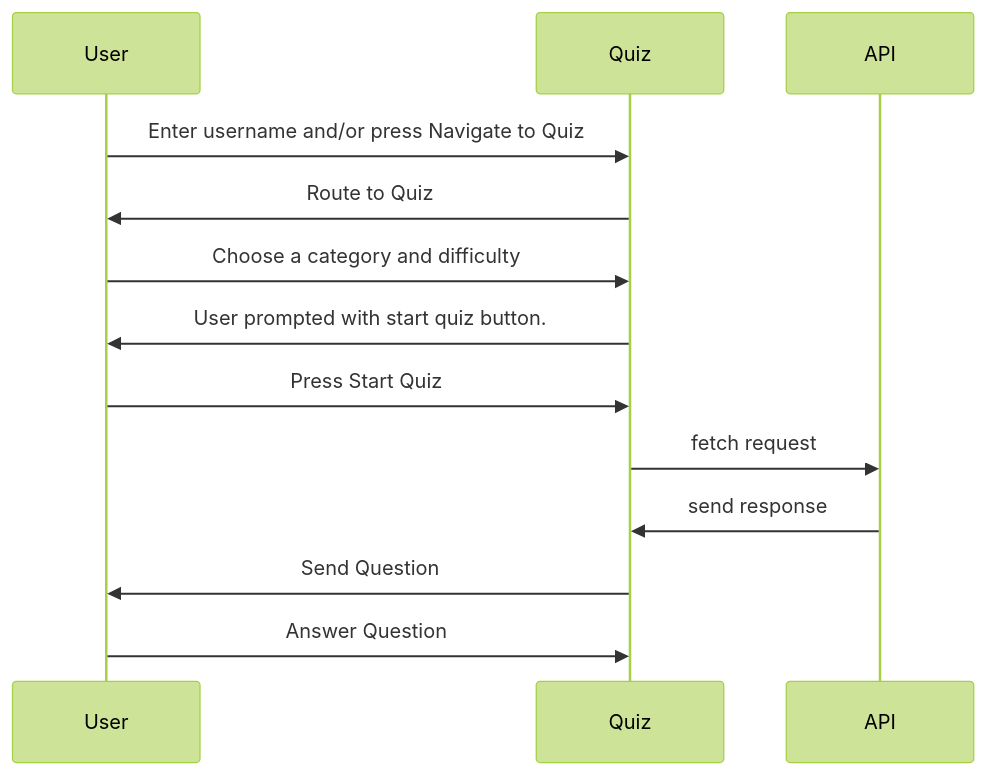
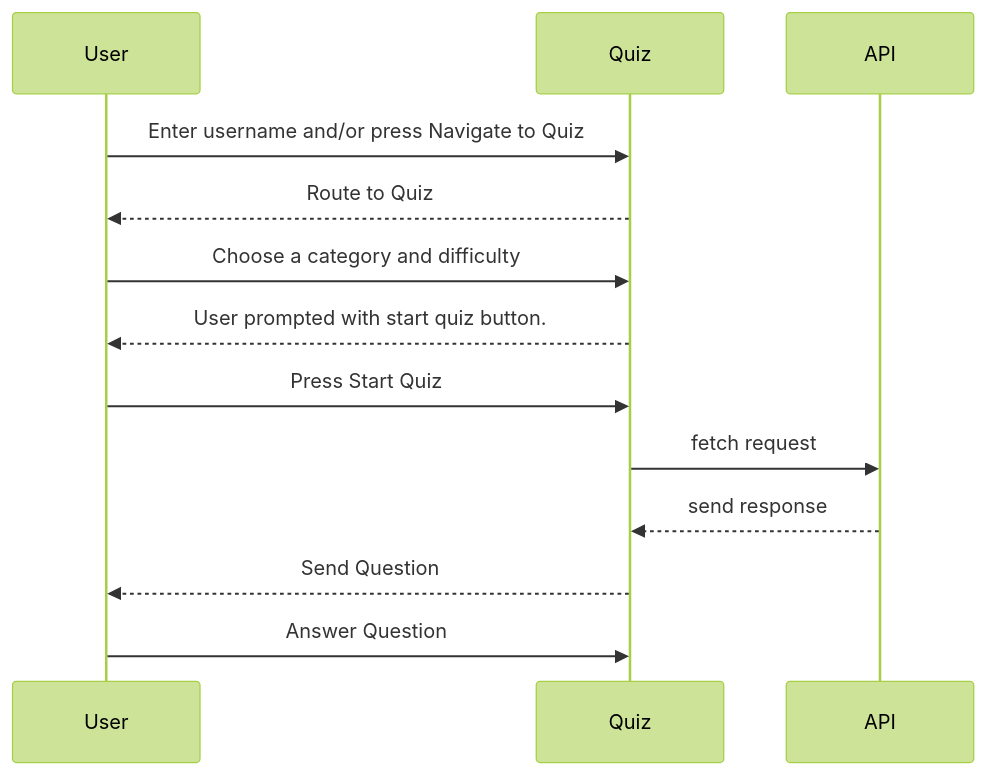
One commit to AdamAgerling/AdamAgerling-testing_typescript-quiz_app changed the diagram in src/sequenceDiagram.md. Above: the diagram before and after it, drawn with Mermaid (forest theme).

Commit message:
add new sequence to SequenceDiagram.md

````diff
--- a/src/sequenceDiagram.md
+++ b/src/sequenceDiagram.md
@@ -1,17 +1,17 @@
 ```mermaid
   sequenceDiagram
       participant User
       participant Quiz
       participant API
 
-    User->>Quiz: Enter username and/or press Navigate to Quiz
-      Quiz->>User: Route to Quiz
+      User->>Quiz: Enter username and/or press Navigate to Quiz
+      Quiz-->>User: Route to Quiz
       User->>Quiz: Choose a category and difficulty
-      Quiz->>User: User prompted with start quiz button.
+      Quiz-->>User: User prompted with start quiz button.
       User->>Quiz: Press Start Quiz
       Quiz->>API: fetch request
-      API->>Quiz: send response
-      Quiz->>User: Send Question
+      API-->>Quiz: send response
+      Quiz-->>User: Send Question
       User->>Quiz: Answer Question
 
 ```
````
